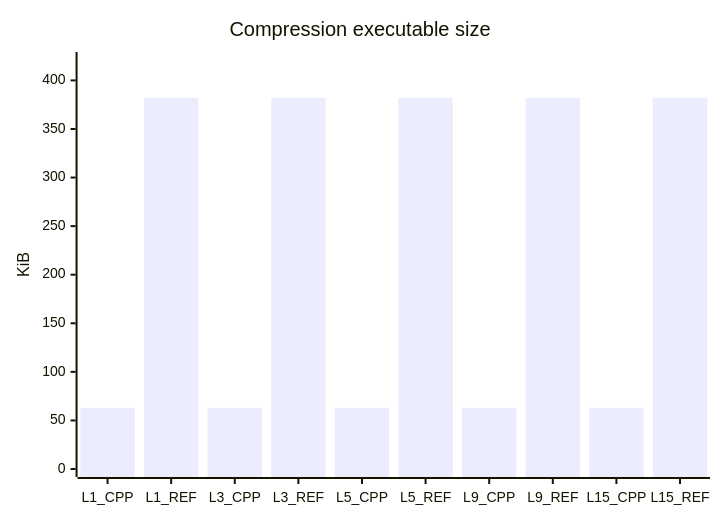
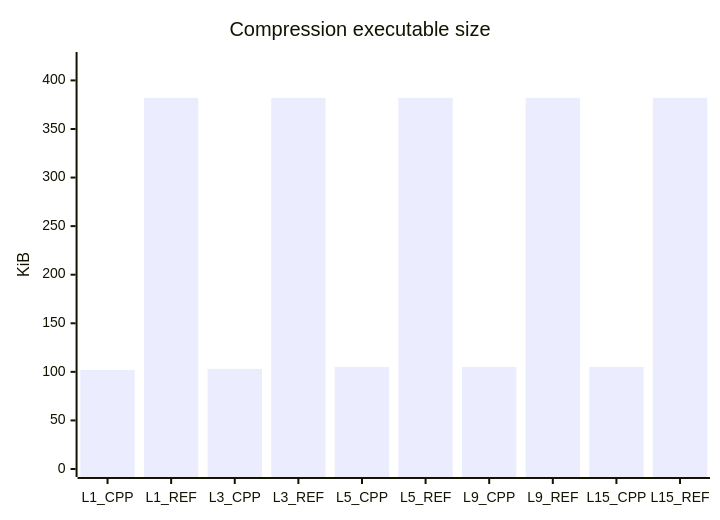
Before and after one commit to mheyman/zstdpp: the fourth of 7 diagrams in README.md, drawn with Mermaid. The commit also changed other lines of this file, not shown here.

````diff
--- a/README.md
+++ b/README.md
@@ -150,7 +168,7 @@
 ```mermaid
 xychart-beta
     title "Compression executable size"
     x-axis [L1_CPP, L1_REF, L3_CPP, L3_REF, L5_CPP, L5_REF, L9_CPP, L9_REF, L15_CPP, L15_REF]
     y-axis "KiB" 0 --> 421
-    bar [63, 382, 63, 382, 63, 382, 63, 382, 63, 382]
+    bar [102, 382, 103, 382, 105, 382, 105, 382, 105, 382]
 ```
````
